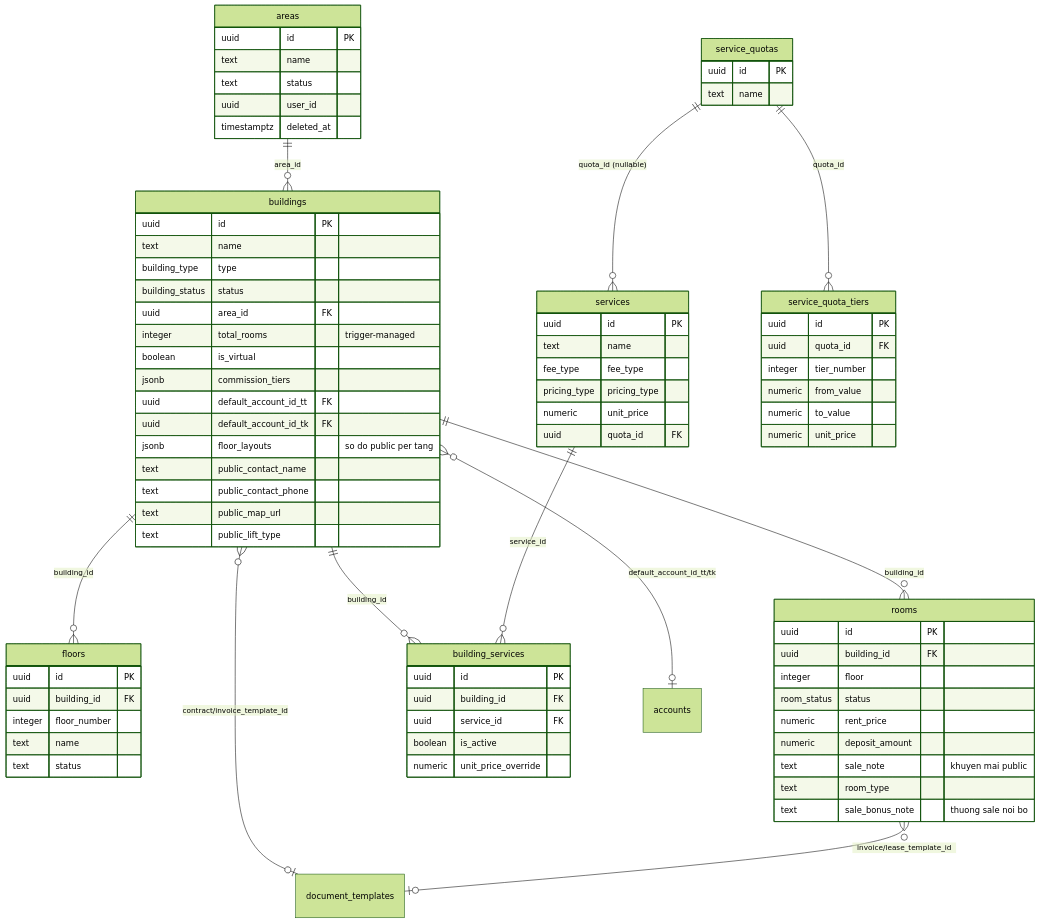
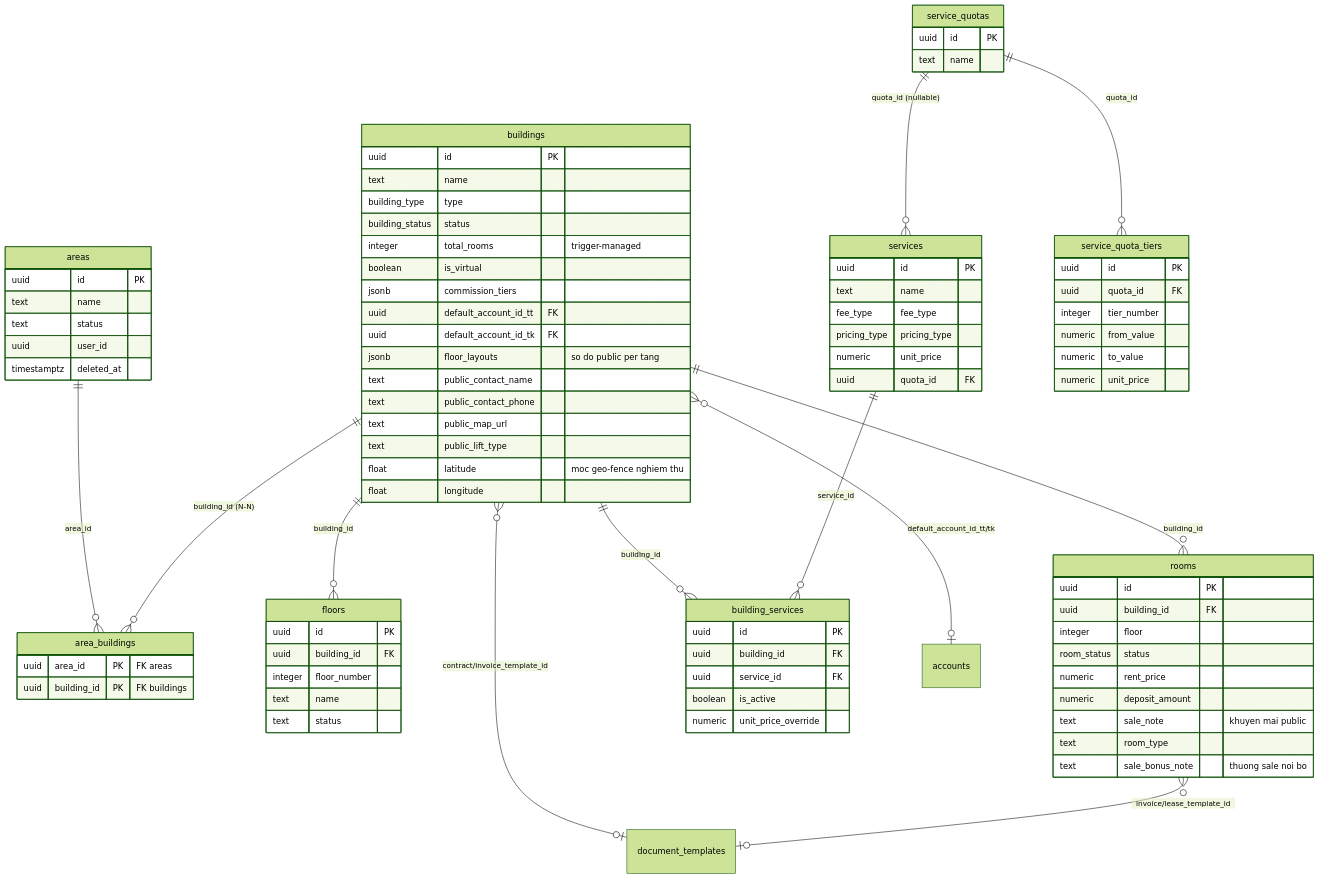
Before and after one commit to zxGreenxz/whiteboard-ihomecrm: the first of 2 diagrams in docs/he-thong/02-co-cau-toa-nha-phong-dich-vu.md, drawn with Mermaid (forest theme). The commit also changed other lines of this file and 20 other files, not shown here.

````diff
--- a/docs/he-thong/02-co-cau-toa-nha-phong-dich-vu.md
+++ b/docs/he-thong/02-co-cau-toa-nha-phong-dich-vu.md
@@ -136,6 +139,7 @@
 ```mermaid
 erDiagram
-  areas ||--o{ buildings : "area_id"
+  areas ||--o{ area_buildings : "area_id"
+  buildings ||--o{ area_buildings : "building_id (N-N)"
   buildings ||--o{ floors : "building_id"
   buildings ||--o{ rooms : "building_id"
   buildings ||--o{ building_services : "building_id"
@@ -153,12 +157,15 @@
     uuid user_id
     timestamptz deleted_at
   }
+  area_buildings {
+    uuid area_id PK "FK areas"
+    uuid building_id PK "FK buildings"
+  }
   buildings {
     uuid id PK
     text name
     building_type type
     building_status status
-    uuid area_id FK
     integer total_rooms "trigger-managed"
     boolean is_virtual
     jsonb commission_tiers
@@ -169,6 +176,8 @@
     text public_contact_phone
     text public_map_url
     text public_lift_type
+    float latitude "moc geo-fence nghiem thu"
+    float longitude
   }
   floors {
     uuid id PK
````
